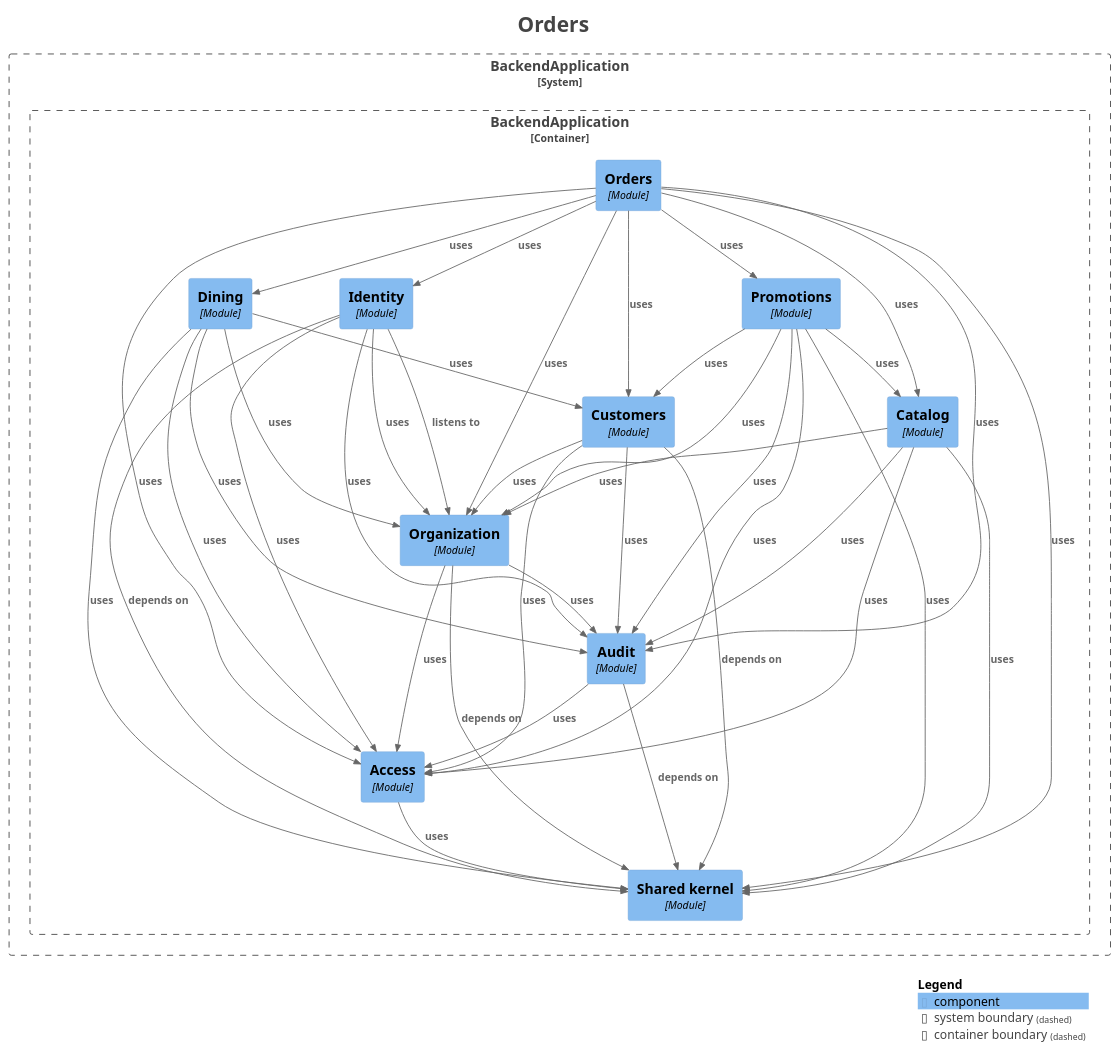
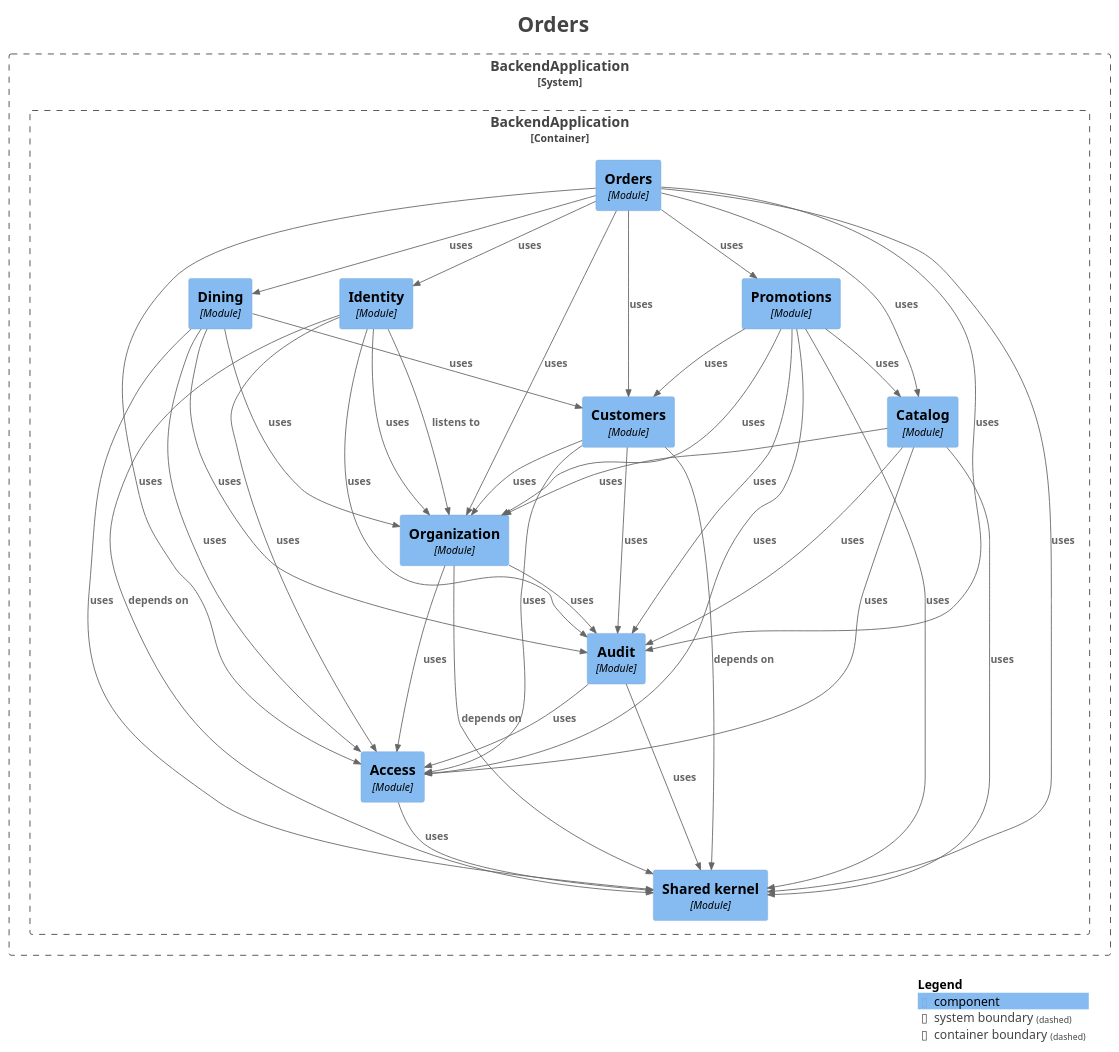
Before and after one commit to fxavier/restaurantePRO: the diagram in docs/architecture/modules/module-orders.puml, drawn with PlantUML. The commit also changed 23 other files, not shown here.

```diff
--- a/docs/architecture/modules/module-orders.puml
+++ b/docs/architecture/modules/module-orders.puml
@@ -1,76 +1,76 @@
 @startuml
 title <size:24>Orders</size>
 
 set separator none
 top to bottom direction
 
 <style>
   root {
     BackgroundColor: #ffffff
     FontColor: #444444
   }
 </style>
 
 !include <C4/C4>
 !include <C4/C4_Context>
 !include <C4/C4_Component>
 
 System_Boundary("BackendApplication_boundary", "BackendApplication", $tags="") {
   Container_Boundary("BackendApplication.BackendApplication_boundary", "BackendApplication", $tags="") {
     Component(BackendApplication.BackendApplication.Identity, "Identity", $techn="Module", $descr="", $tags="", $link="")
     Component(BackendApplication.BackendApplication.Dining, "Dining", $techn="Module", $descr="", $tags="", $link="")
     Component(BackendApplication.BackendApplication.Promotions, "Promotions", $techn="Module", $descr="", $tags="", $link="")
     Component(BackendApplication.BackendApplication.Orders, "Orders", $techn="Module", $descr="", $tags="", $link="")
     Component(BackendApplication.BackendApplication.Sharedkernel, "Shared kernel", $techn="Module", $descr="", $tags="", $link="")
     Component(BackendApplication.BackendApplication.Access, "Access", $techn="Module", $descr="", $tags="", $link="")
     Component(BackendApplication.BackendApplication.Audit, "Audit", $techn="Module", $descr="", $tags="", $link="")
     Component(BackendApplication.BackendApplication.Organization, "Organization", $techn="Module", $descr="", $tags="", $link="")
     Component(BackendApplication.BackendApplication.Catalog, "Catalog", $techn="Module", $descr="", $tags="", $link="")
     Component(BackendApplication.BackendApplication.Customers, "Customers", $techn="Module", $descr="", $tags="", $link="")
   }
 
 }
 
-Rel(BackendApplication.BackendApplication.Audit, BackendApplication.BackendApplication.Access, "uses", $techn="", $tags="", $link="")
-Rel(BackendApplication.BackendApplication.Identity, BackendApplication.BackendApplication.Organization, "listens to", $techn="", $tags="", $link="")
-Rel(BackendApplication.BackendApplication.Identity, BackendApplication.BackendApplication.Sharedkernel, "depends on", $techn="", $tags="", $link="")
-Rel(BackendApplication.BackendApplication.Identity, BackendApplication.BackendApplication.Access, "uses", $techn="", $tags="", $link="")
-Rel(BackendApplication.BackendApplication.Identity, BackendApplication.BackendApplication.Audit, "uses", $techn="", $tags="", $link="")
-Rel(BackendApplication.BackendApplication.Identity, BackendApplication.BackendApplication.Organization, "uses", $techn="", $tags="", $link="")
+Rel(BackendApplication.BackendApplication.Dining, BackendApplication.BackendApplication.Access, "uses", $techn="", $tags="", $link="")
+Rel(BackendApplication.BackendApplication.Dining, BackendApplication.BackendApplication.Audit, "uses", $techn="", $tags="", $link="")
+Rel(BackendApplication.BackendApplication.Dining, BackendApplication.BackendApplication.Sharedkernel, "uses", $techn="", $tags="", $link="")
+Rel(BackendApplication.BackendApplication.Dining, BackendApplication.BackendApplication.Organization, "uses", $techn="", $tags="", $link="")
+Rel(BackendApplication.BackendApplication.Dining, BackendApplication.BackendApplication.Customers, "uses", $techn="", $tags="", $link="")
+Rel(BackendApplication.BackendApplication.Catalog, BackendApplication.BackendApplication.Access, "uses", $techn="", $tags="", $link="")
+Rel(BackendApplication.BackendApplication.Catalog, BackendApplication.BackendApplication.Sharedkernel, "uses", $techn="", $tags="", $link="")
+Rel(BackendApplication.BackendApplication.Catalog, BackendApplication.BackendApplication.Audit, "uses", $techn="", $tags="", $link="")
+Rel(BackendApplication.BackendApplication.Catalog, BackendApplication.BackendApplication.Organization, "uses", $techn="", $tags="", $link="")
 Rel(BackendApplication.BackendApplication.Orders, BackendApplication.BackendApplication.Access, "uses", $techn="", $tags="", $link="")
 Rel(BackendApplication.BackendApplication.Orders, BackendApplication.BackendApplication.Catalog, "uses", $techn="", $tags="", $link="")
 Rel(BackendApplication.BackendApplication.Orders, BackendApplication.BackendApplication.Customers, "uses", $techn="", $tags="", $link="")
 Rel(BackendApplication.BackendApplication.Orders, BackendApplication.BackendApplication.Identity, "uses", $techn="", $tags="", $link="")
 Rel(BackendApplication.BackendApplication.Orders, BackendApplication.BackendApplication.Audit, "uses", $techn="", $tags="", $link="")
 Rel(BackendApplication.BackendApplication.Orders, BackendApplication.BackendApplication.Promotions, "uses", $techn="", $tags="", $link="")
 Rel(BackendApplication.BackendApplication.Orders, BackendApplication.BackendApplication.Dining, "uses", $techn="", $tags="", $link="")
 Rel(BackendApplication.BackendApplication.Orders, BackendApplication.BackendApplication.Sharedkernel, "uses", $techn="", $tags="", $link="")
 Rel(BackendApplication.BackendApplication.Orders, BackendApplication.BackendApplication.Organization, "uses", $techn="", $tags="", $link="")
-Rel(BackendApplication.BackendApplication.Customers, BackendApplication.BackendApplication.Sharedkernel, "depends on", $techn="", $tags="", $link="")
-Rel(BackendApplication.BackendApplication.Customers, BackendApplication.BackendApplication.Access, "uses", $techn="", $tags="", $link="")
-Rel(BackendApplication.BackendApplication.Customers, BackendApplication.BackendApplication.Organization, "uses", $techn="", $tags="", $link="")
-Rel(BackendApplication.BackendApplication.Customers, BackendApplication.BackendApplication.Audit, "uses", $techn="", $tags="", $link="")
 Rel(BackendApplication.BackendApplication.Organization, BackendApplication.BackendApplication.Sharedkernel, "depends on", $techn="", $tags="", $link="")
 Rel(BackendApplication.BackendApplication.Organization, BackendApplication.BackendApplication.Audit, "uses", $techn="", $tags="", $link="")
 Rel(BackendApplication.BackendApplication.Organization, BackendApplication.BackendApplication.Access, "uses", $techn="", $tags="", $link="")
+Rel(BackendApplication.BackendApplication.Audit, BackendApplication.BackendApplication.Access, "uses", $techn="", $tags="", $link="")
+Rel(BackendApplication.BackendApplication.Audit, BackendApplication.BackendApplication.Sharedkernel, "uses", $techn="", $tags="", $link="")
 Rel(BackendApplication.BackendApplication.Promotions, BackendApplication.BackendApplication.Organization, "uses", $techn="", $tags="", $link="")
 Rel(BackendApplication.BackendApplication.Promotions, BackendApplication.BackendApplication.Access, "uses", $techn="", $tags="", $link="")
 Rel(BackendApplication.BackendApplication.Promotions, BackendApplication.BackendApplication.Customers, "uses", $techn="", $tags="", $link="")
 Rel(BackendApplication.BackendApplication.Promotions, BackendApplication.BackendApplication.Audit, "uses", $techn="", $tags="", $link="")
 Rel(BackendApplication.BackendApplication.Promotions, BackendApplication.BackendApplication.Sharedkernel, "uses", $techn="", $tags="", $link="")
 Rel(BackendApplication.BackendApplication.Promotions, BackendApplication.BackendApplication.Catalog, "uses", $techn="", $tags="", $link="")
 Rel(BackendApplication.BackendApplication.Access, BackendApplication.BackendApplication.Sharedkernel, "uses", $techn="", $tags="", $link="")
-Rel(BackendApplication.BackendApplication.Catalog, BackendApplication.BackendApplication.Access, "uses", $techn="", $tags="", $link="")
-Rel(BackendApplication.BackendApplication.Catalog, BackendApplication.BackendApplication.Sharedkernel, "uses", $techn="", $tags="", $link="")
-Rel(BackendApplication.BackendApplication.Catalog, BackendApplication.BackendApplication.Audit, "uses", $techn="", $tags="", $link="")
-Rel(BackendApplication.BackendApplication.Catalog, BackendApplication.BackendApplication.Organization, "uses", $techn="", $tags="", $link="")
-Rel(BackendApplication.BackendApplication.Dining, BackendApplication.BackendApplication.Access, "uses", $techn="", $tags="", $link="")
-Rel(BackendApplication.BackendApplication.Dining, BackendApplication.BackendApplication.Audit, "uses", $techn="", $tags="", $link="")
-Rel(BackendApplication.BackendApplication.Dining, BackendApplication.BackendApplication.Sharedkernel, "uses", $techn="", $tags="", $link="")
-Rel(BackendApplication.BackendApplication.Dining, BackendApplication.BackendApplication.Organization, "uses", $techn="", $tags="", $link="")
-Rel(BackendApplication.BackendApplication.Dining, BackendApplication.BackendApplication.Customers, "uses", $techn="", $tags="", $link="")
-Rel(BackendApplication.BackendApplication.Audit, BackendApplication.BackendApplication.Sharedkernel, "depends on", $techn="", $tags="", $link="")
+Rel(BackendApplication.BackendApplication.Identity, BackendApplication.BackendApplication.Organization, "listens to", $techn="", $tags="", $link="")
+Rel(BackendApplication.BackendApplication.Identity, BackendApplication.BackendApplication.Sharedkernel, "depends on", $techn="", $tags="", $link="")
+Rel(BackendApplication.BackendApplication.Identity, BackendApplication.BackendApplication.Access, "uses", $techn="", $tags="", $link="")
+Rel(BackendApplication.BackendApplication.Identity, BackendApplication.BackendApplication.Audit, "uses", $techn="", $tags="", $link="")
+Rel(BackendApplication.BackendApplication.Identity, BackendApplication.BackendApplication.Organization, "uses", $techn="", $tags="", $link="")
+Rel(BackendApplication.BackendApplication.Customers, BackendApplication.BackendApplication.Sharedkernel, "depends on", $techn="", $tags="", $link="")
+Rel(BackendApplication.BackendApplication.Customers, BackendApplication.BackendApplication.Access, "uses", $techn="", $tags="", $link="")
+Rel(BackendApplication.BackendApplication.Customers, BackendApplication.BackendApplication.Organization, "uses", $techn="", $tags="", $link="")
+Rel(BackendApplication.BackendApplication.Customers, BackendApplication.BackendApplication.Audit, "uses", $techn="", $tags="", $link="")
 
 SHOW_LEGEND(true)
 hide stereotypes
 @enduml
```
